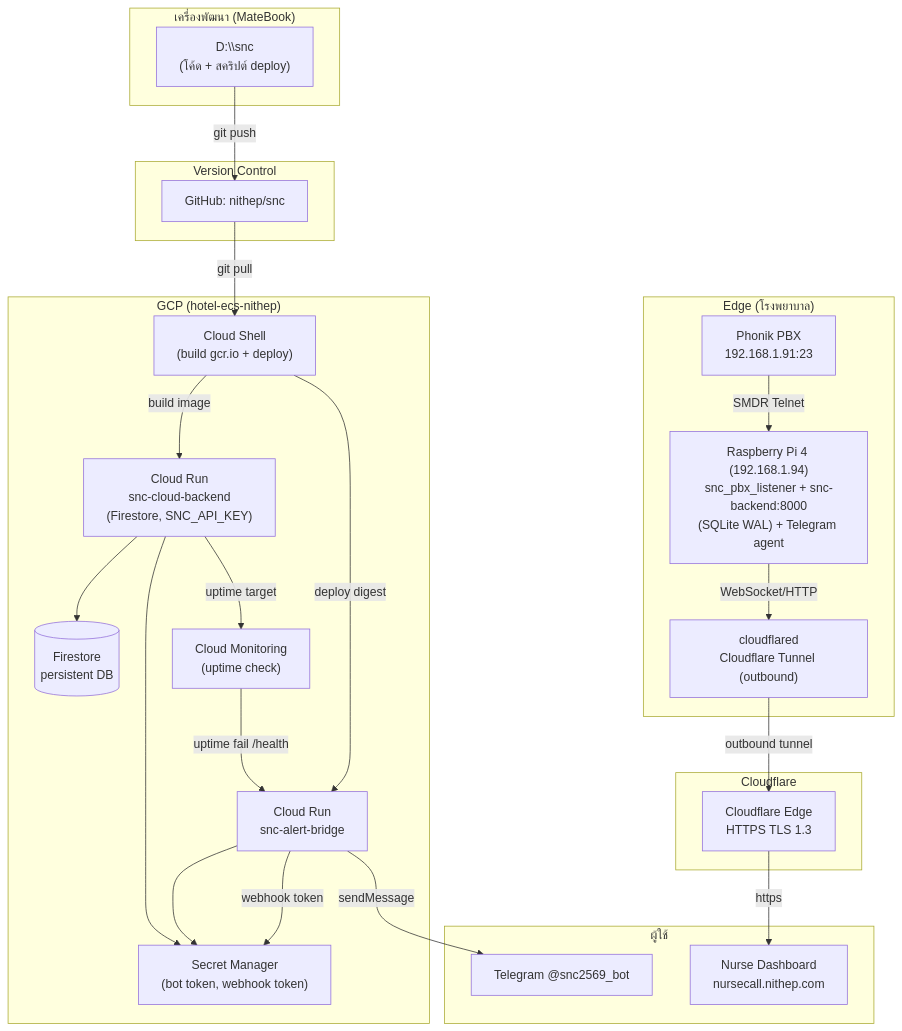
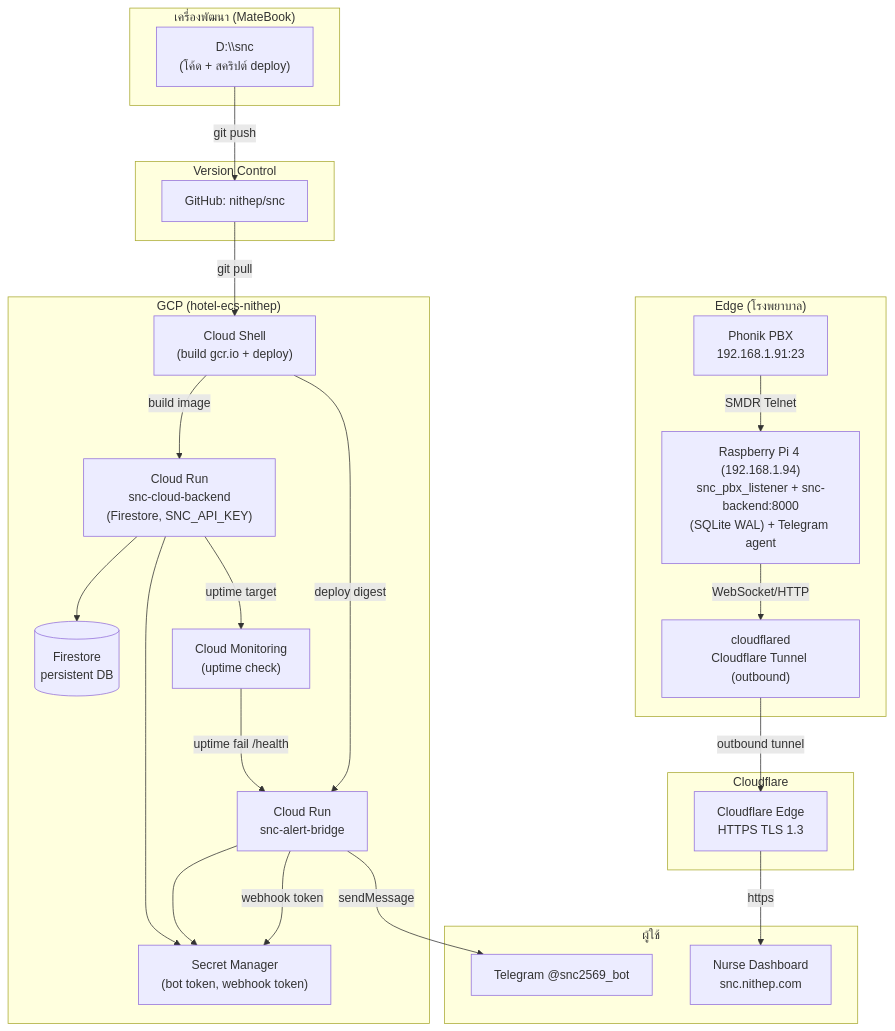
Before and after one commit to nithep/snc: the first of 4 diagrams in doc/ARCHITECTURE_FLOW.md, drawn with Mermaid. The commit also changed other lines of this file and 21 other files, not shown here.

Commit message:
refactor(ingress): เปลี่ยนโดเมนสาธารณะ nursecall.nithep.com เป็น snc.nithep.com ทุกจุด (docs/ops/api/packaging)

````diff
--- a/doc/ARCHITECTURE_FLOW.md
+++ b/doc/ARCHITECTURE_FLOW.md
@@ -14,52 +14,52 @@
 ```mermaid
 flowchart TB
     subgraph DEV["เครื่องพัฒนา (MateBook)"]
         A["D:\\snc<br/>(โค้ด + สคริปต์ deploy)"]
     end
 
     subgraph GIT["Version Control"]
         GH["GitHub: nithep/snc"]
     end
 
     subgraph EDGE["Edge (โรงพยาบาล)"]
         PBX["Phonik PBX<br/>192.168.1.91:23"]
         PI["Raspberry Pi 4 (192.168.1.94)<br/>snc_pbx_listener + snc-backend:8000<br/>(SQLite WAL) + Telegram agent"]
         CF["cloudflared<br/>Cloudflare Tunnel (outbound)"]
     end
 
     subgraph CLOUD["Cloudflare"]
         CFE["Cloudflare Edge<br/>HTTPS TLS 1.3"]
     end
 
     subgraph GCP["GCP (hotel-ecs-nithep)"]
         CS["Cloud Shell<br/>(build gcr.io + deploy)"]
         RUN["Cloud Run<br/>snc-cloud-backend<br/>(Firestore, SNC_API_KEY)"]
         BRIDGE["Cloud Run<br/>snc-alert-bridge"]
         MON["Cloud Monitoring<br/>(uptime check)"]
         SM["Secret Manager<br/>(bot token, webhook token)"]
         FS[("Firestore<br/>persistent DB")]
     end
 
     subgraph USER["ผู้ใช้"]
-        DASH["Nurse Dashboard<br/>nursecall.nithep.com"]
+        DASH["Nurse Dashboard<br/>snc.nithep.com"]
         TG["Telegram @snc2569_bot"]
     end
 
     A -->|git push| GH
     GH -->|git pull| CS
     CS -->|build image| RUN
     CS -->|deploy digest| BRIDGE
     RUN --> FS
     RUN --> SM
     BRIDGE --> SM
 
     PBX -->|SMDR Telnet| PI
     PI -->|WebSocket/HTTP| CF
     CF -->|outbound tunnel| CFE
     CFE -->|https| DASH
 
     MON -->|uptime fail /health| BRIDGE
     BRIDGE -->|webhook token| SM
     BRIDGE -->|sendMessage| TG
     RUN -->|uptime target| MON
 ```
````
